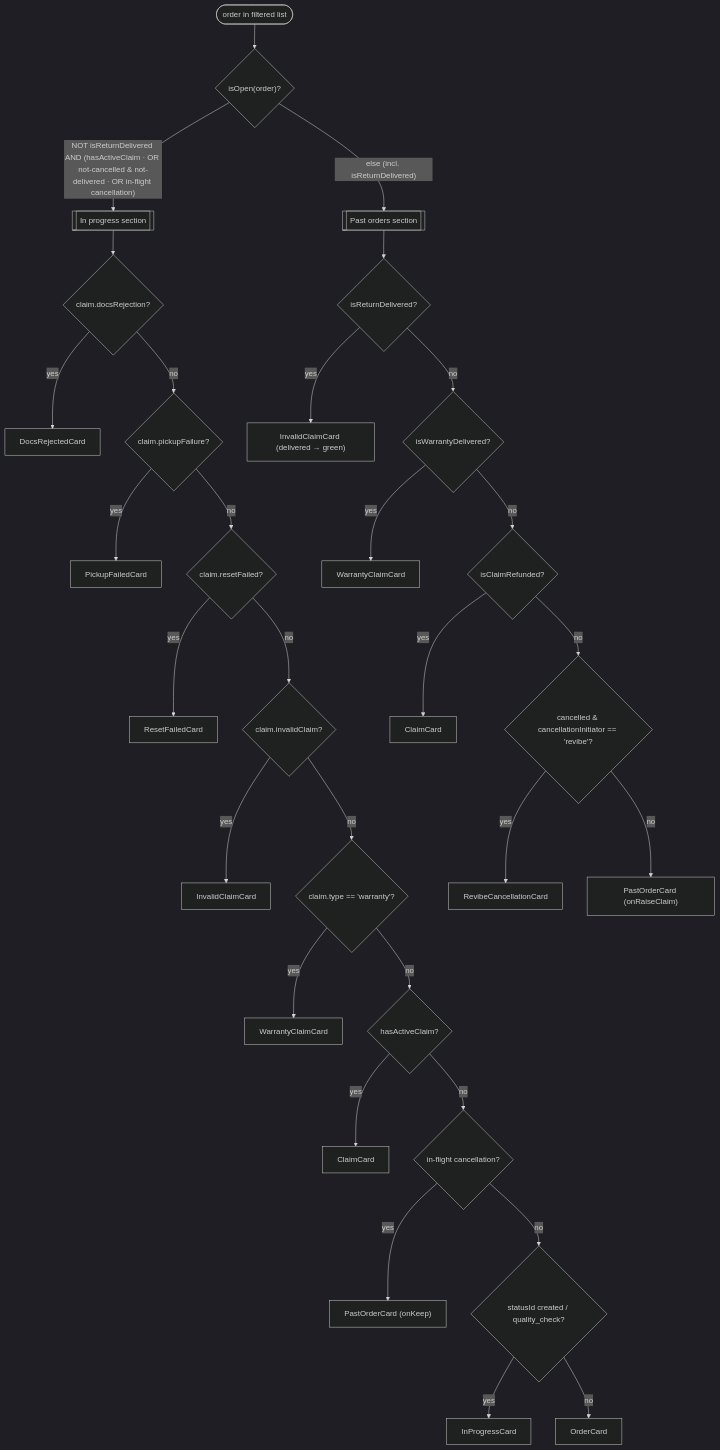
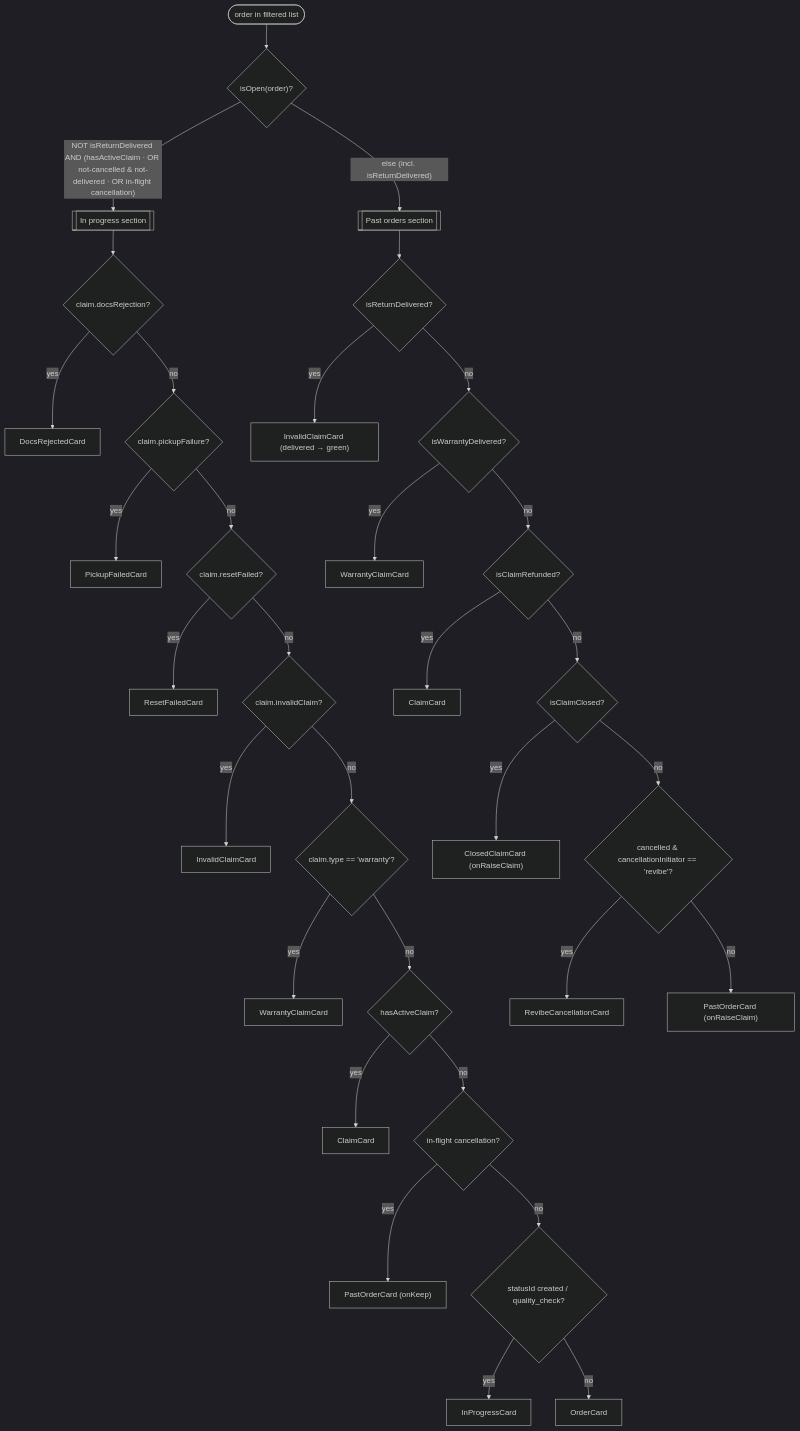
Before and after one commit to andrea-revibe/my-account-redesign-v2: the first of 3 diagrams in docs/output/diagrams.md, drawn with Mermaid (dark theme). The commit also changed other lines of this file and 12 other files, not shown here.

````diff
--- a/docs/output/diagrams.md
+++ b/docs/output/diagrams.md
@@ -25,34 +25,36 @@
 ```mermaid
 flowchart TD
   start(["order in filtered list"]) --> isOpen{"isOpen(order)?"}
   isOpen -- "NOT isReturnDelivered AND (hasActiveClaim · OR not-cancelled & not-delivered · OR in-flight cancellation)" --> IP[["In progress section"]]
   isOpen -- "else (incl. isReturnDelivered)" --> PAST[["Past orders section"]]
 
   IP --> ip1{"claim.docsRejection?"}
   ip1 -- yes --> DocsRejectedCard
   ip1 -- no --> ip2{"claim.pickupFailure?"}
   ip2 -- yes --> PickupFailedCard
   ip2 -- no --> ip3{"claim.resetFailed?"}
   ip3 -- yes --> ResetFailedCard
   ip3 -- no --> ip4{"claim.invalidClaim?"}
   ip4 -- yes --> InvalidClaimCard
   ip4 -- no --> ip5{"claim.type == 'warranty'?"}
   ip5 -- yes --> WCI["WarrantyClaimCard"]
   ip5 -- no --> ip6{"hasActiveClaim?"}
   ip6 -- yes --> CCI["ClaimCard"]
   ip6 -- no --> ip7{"in-flight cancellation?"}
   ip7 -- yes --> POK["PastOrderCard (onKeep)"]
   ip7 -- no --> ip8{"statusId created / quality_check?"}
   ip8 -- yes --> InProgressCard
   ip8 -- no --> OrderCard
 
   PAST --> p0{"isReturnDelivered?"}
   p0 -- yes --> ICP["InvalidClaimCard (delivered → green)"]
   p0 -- no --> p1{"isWarrantyDelivered?"}
   p1 -- yes --> WCP["WarrantyClaimCard"]
   p1 -- no --> p2{"isClaimRefunded?"}
   p2 -- yes --> CCP["ClaimCard"]
-  p2 -- no --> p3{"cancelled &amp; cancellationInitiator == 'revibe'?"}
+  p2 -- no --> p2b{"isClaimClosed?"}
+  p2b -- yes --> CLC["ClosedClaimCard (onRaiseClaim)"]
+  p2b -- no --> p3{"cancelled &amp; cancellationInitiator == 'revibe'?"}
   p3 -- yes --> RCC["RevibeCancellationCard"]
   p3 -- no --> POC["PastOrderCard (onRaiseClaim)"]
 ```
````
